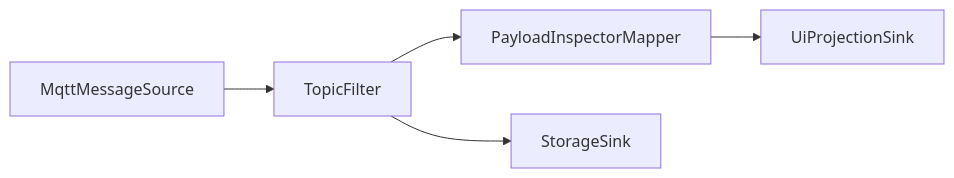
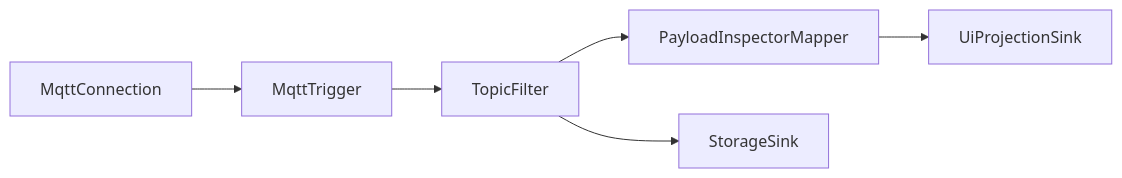
One commit to araxis/FluxMq changed the first of 5 diagrams in docs/fork-flow.md. Above: the diagram before and after it, drawn with Mermaid. The commit also changed other lines of this file and 9 other files, not shown here.

Commit message:
docs: update flow component documentation

````diff
--- a/docs/fork-flow.md
+++ b/docs/fork-flow.md
@@ -17,7 +17,8 @@
 ```mermaid
 flowchart LR
-    MqttSource["MqttMessageSource"] --> TopicFilter["TopicFilter"]
+    MqttConnection["MqttConnection"] --> MqttTrigger["MqttTrigger"]
+    MqttTrigger --> TopicFilter["TopicFilter"]
     TopicFilter --> PayloadMapper["PayloadInspectorMapper"]
     PayloadMapper --> UiSink["UiProjectionSink"]
     TopicFilter --> StorageSink["StorageSink"]
 ```
````
